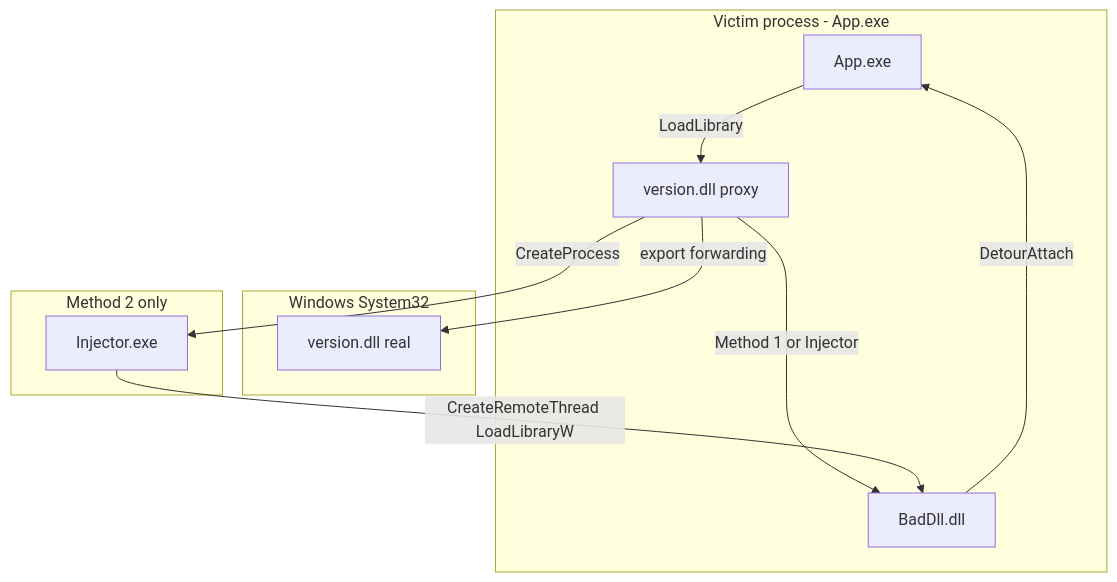
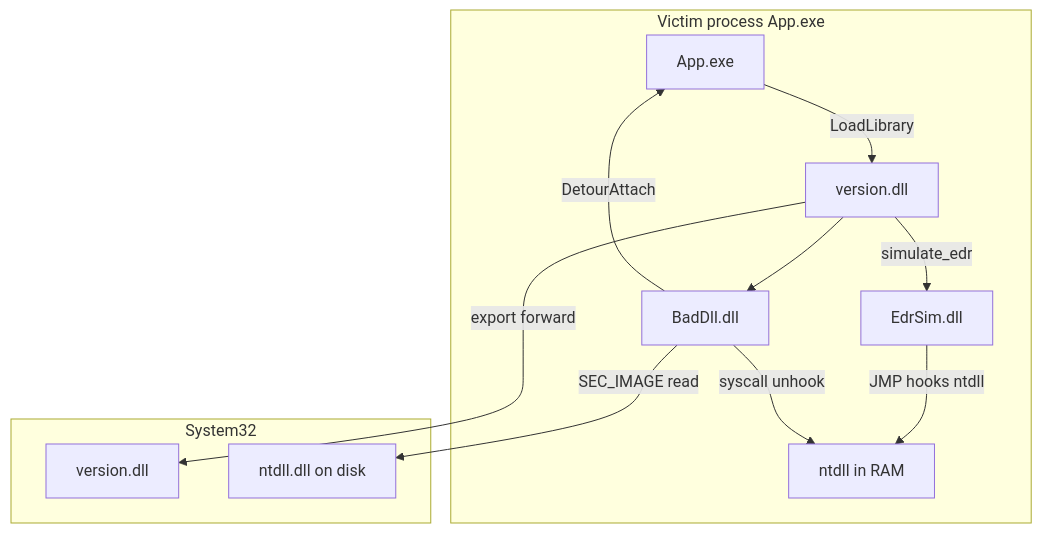
The diagram in README.md (rares478/project-cyber), drawn with Mermaid before and after one commit. The commit also changed other lines of this file, not shown here.

````diff
--- a/README.md
+++ b/README.md
@@ -108,23 +88,23 @@
 ```mermaid
 flowchart TB
-    subgraph victim [Victim process - App.exe]
+    subgraph victim [Victim process App.exe]
         App[App.exe]
-        Ver[version.dll proxy]
+        Ver[version.dll]
+        Sim[EdrSim.dll]
         Bad[BadDll.dll]
         App -->|LoadLibrary| Ver
-        Ver -->|Method 1 or Injector| Bad
+        Ver -->|simulate_edr| Sim
+        Ver --> Bad
+        Sim -->|JMP hooks ntdll| Ntdll[ntdll in RAM]
+        Bad -->|syscall unhook| Ntdll
         Bad -->|DetourAttach| App
     end
 
-    subgraph system [Windows System32]
-        RealVer[version.dll real]
+    subgraph system [System32]
+        RealVer[version.dll]
+        DiskNtdll[ntdll.dll on disk]
     end
 
-    Ver -->|export forwarding| RealVer
-
-    subgraph remote [Method 2 only]
-        Inj[Injector.exe]
-        Ver -->|CreateProcess| Inj
-        Inj -->|CreateRemoteThread LoadLibraryW| Bad
-    end
+    Ver -->|export forward| RealVer
+    Bad -->|SEC_IMAGE read| DiskNtdll
 ```
````
